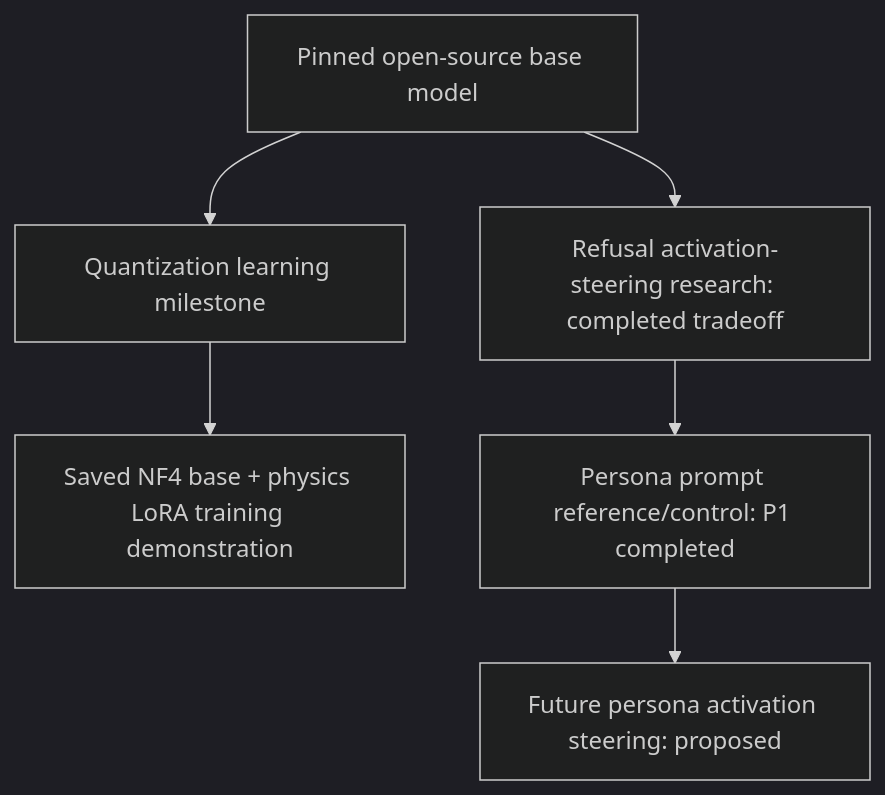
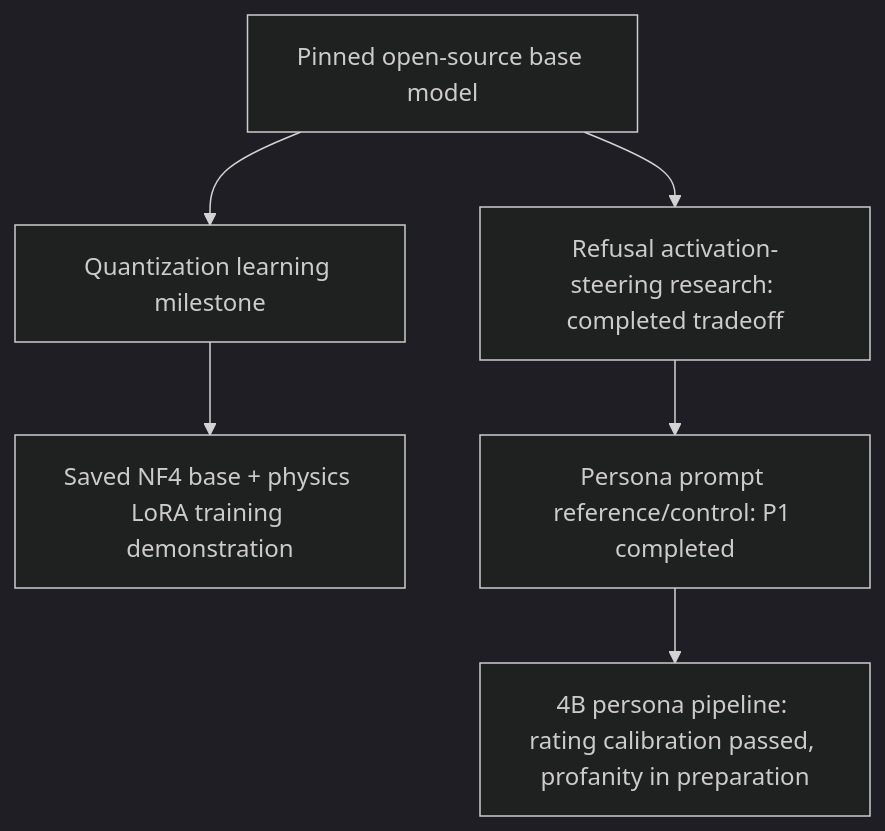
Before and after one commit to RenormalizationTech/tuneLLM: the diagram in docs/project_tracks.md, drawn with Mermaid (dark theme). The commit also changed other lines of this file and 1 other file, not shown here.

Commit message:
Keep persona status current and record scoped test-temporary cleanup

````diff
--- a/docs/project_tracks.md
+++ b/docs/project_tracks.md
@@ -38,8 +38,8 @@
 ```mermaid
 flowchart TD
     Base["Pinned open-source base model"] --> Quant["Quantization learning milestone"]
     Quant --> Physics["Saved NF4 base + physics LoRA training demonstration"]
     Base --> Refusal["Refusal activation-steering research: completed tradeoff"]
     Refusal --> Prompt["Persona prompt reference/control: P1 completed"]
-    Prompt --> Persona["Future persona activation steering: proposed"]
+    Prompt --> Persona["4B persona pipeline: rating calibration passed, profanity in preparation"]
 ```
````
